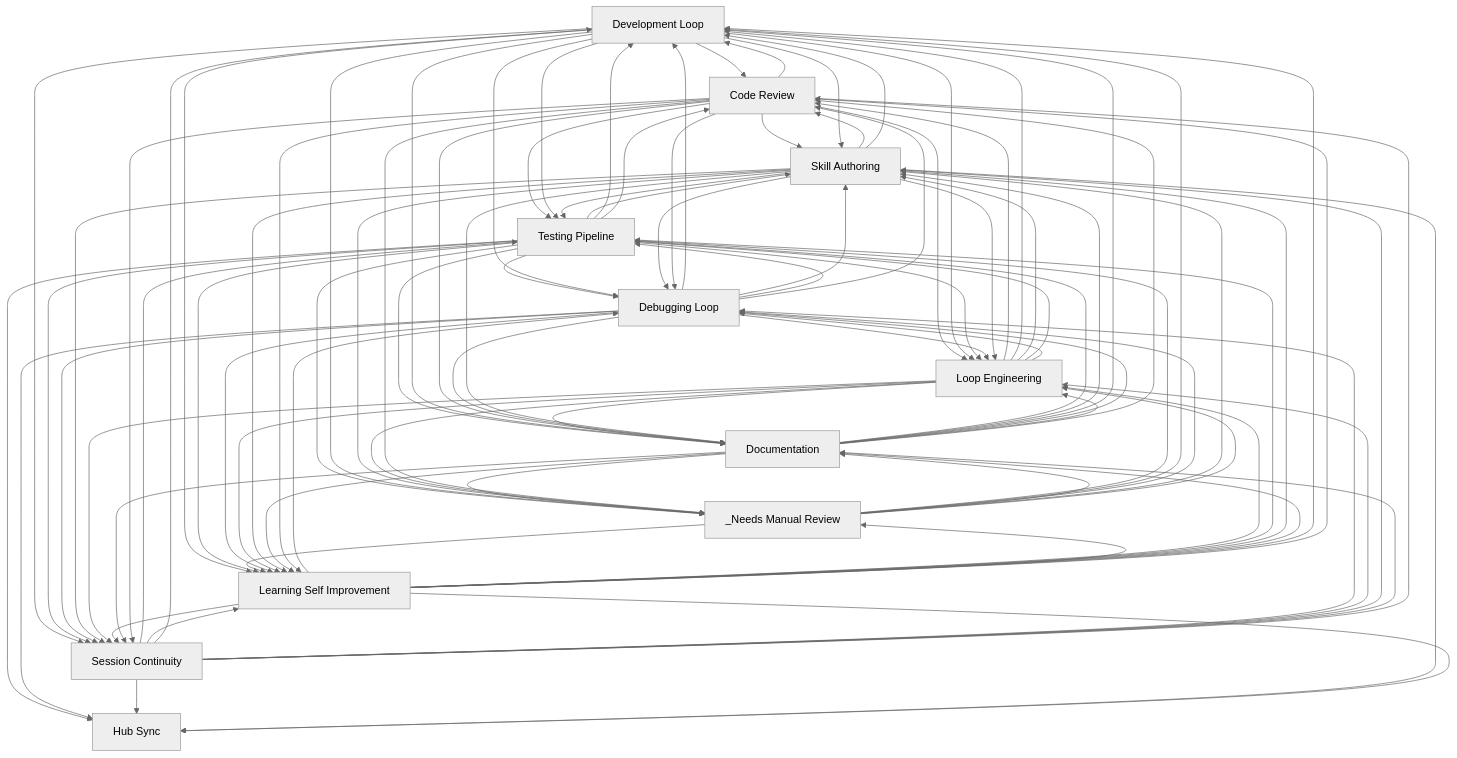
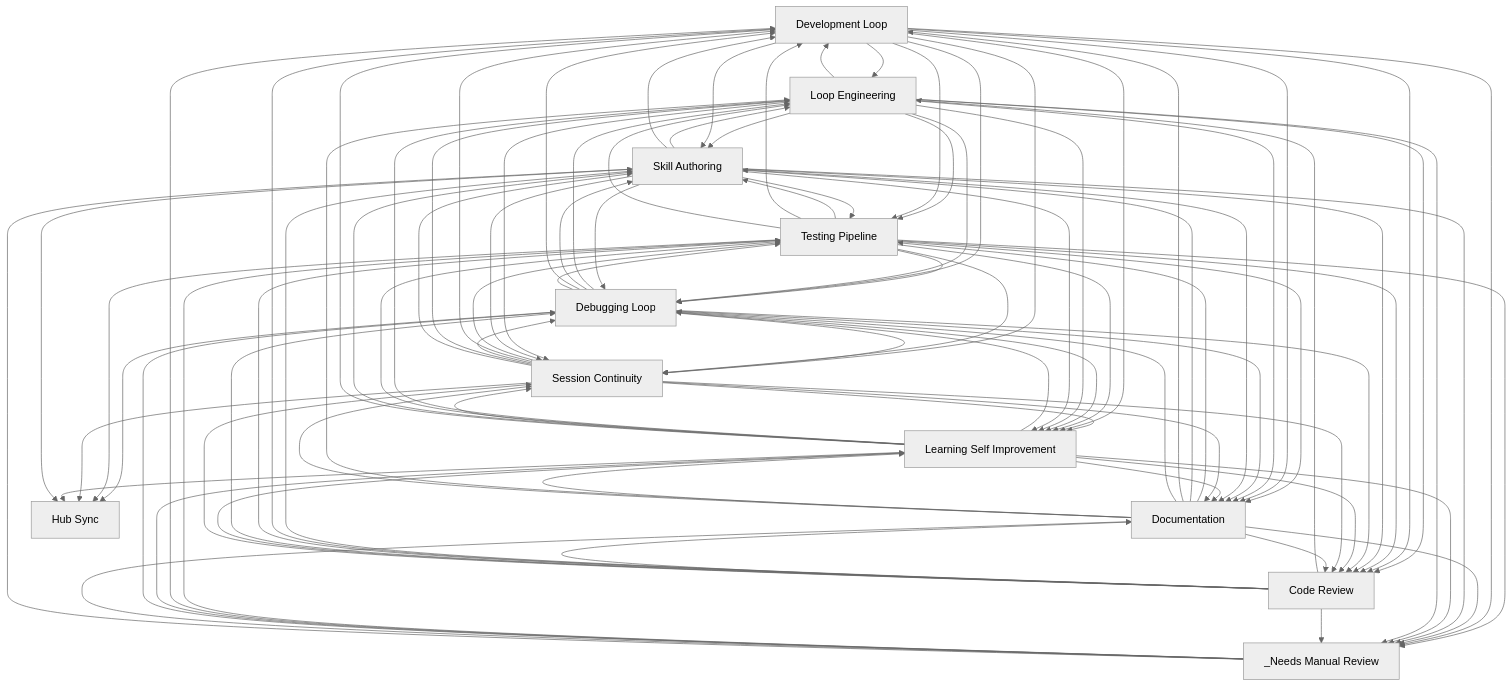
Before and after one commit to abhayla/claude-best-practices: the diagram in docs/workflows/INDEX.md, drawn with Mermaid (neutral theme). The commit also changed other lines of this file and 14 other files, not shown here.

````diff
--- a/docs/workflows/INDEX.md
+++ b/docs/workflows/INDEX.md
@@ -33,36 +33,36 @@
     documentation[Documentation]
     hub_sync[Hub Sync]
     _needs_manual_review[_Needs Manual Review]
+    code_review --> loop_engineering
+    code_review --> skill_authoring
+    code_review --> development_loop
+    code_review --> testing_pipeline
+    loop_engineering --> skill_authoring
+    loop_engineering --> development_loop
+    loop_engineering --> testing_pipeline
     loop_engineering --> code_review
-    loop_engineering --> development_loop
-    loop_engineering --> skill_authoring
-    loop_engineering --> testing_pipeline
-    code_review --> development_loop
-    code_review --> skill_authoring
-    code_review --> loop_engineering
-    code_review --> testing_pipeline
+    development_loop --> loop_engineering
+    development_loop --> skill_authoring
+    development_loop --> testing_pipeline
     development_loop --> code_review
-    development_loop --> skill_authoring
-    development_loop --> loop_engineering
-    development_loop --> testing_pipeline
+    skill_authoring --> testing_pipeline
     testing_pipeline --> skill_authoring
-    skill_authoring --> testing_pipeline
-    testing_pipeline --> development_loop
     _needs_manual_review --> testing_pipeline
     _needs_manual_review --> development_loop
+    testing_pipeline --> development_loop
     testing_pipeline --> debugging_loop
     testing_pipeline --> loop_engineering
     testing_pipeline --> documentation
     testing_pipeline --> code_review
+    debugging_loop --> loop_engineering
+    debugging_loop --> skill_authoring
     debugging_loop --> development_loop
-    debugging_loop --> skill_authoring
-    debugging_loop --> loop_engineering
     debugging_loop --> testing_pipeline
     development_loop --> debugging_loop
     development_loop --> documentation
     loop_engineering --> documentation
+    skill_authoring --> code_review
     skill_authoring --> loop_engineering
-    skill_authoring --> code_review
     skill_authoring --> development_loop
     documentation --> testing_pipeline
     documentation --> skill_authoring
@@ -70,24 +70,24 @@
     testing_pipeline --> _needs_manual_review
     development_loop --> _needs_manual_review
     code_review --> documentation
+    session_continuity --> learning_self_improvement
     session_continuity --> testing_pipeline
-    session_continuity --> learning_self_improvement
     development_loop --> session_continuity
     development_loop --> learning_self_improvement
+    _needs_manual_review --> learning_self_improvement
     testing_pipeline --> learning_self_improvement
-    _needs_manual_review --> learning_self_improvement
     loop_engineering --> debugging_loop
+    debugging_loop --> hub_sync
+    debugging_loop --> session_continuity
+    testing_pipeline --> hub_sync
     testing_pipeline --> session_continuity
-    testing_pipeline --> hub_sync
-    debugging_loop --> session_continuity
-    debugging_loop --> hub_sync
     debugging_loop --> documentation
     debugging_loop --> code_review
     session_continuity --> development_loop
     session_continuity --> debugging_loop
     session_continuity --> loop_engineering
+    loop_engineering --> session_continuity
     skill_authoring --> session_continuity
-    loop_engineering --> session_continuity
     skill_authoring --> debugging_loop
     _needs_manual_review --> debugging_loop
     debugging_loop --> learning_self_improvement
@@ -96,22 +96,21 @@
     _needs_manual_review --> skill_authoring
     documentation --> _needs_manual_review
     learning_self_improvement --> debugging_loop
-    learning_self_improvement --> session_continuity
     learning_self_improvement --> loop_engineering
     learning_self_improvement --> testing_pipeline
+    learning_self_improvement --> session_continuity
     learning_self_improvement --> skill_authoring
     learning_self_improvement --> documentation
     learning_self_improvement --> development_loop
     learning_self_improvement --> code_review
     skill_authoring --> _needs_manual_review
+    session_continuity --> hub_sync
     session_continuity --> skill_authoring
-    session_continuity --> hub_sync
     session_continuity --> documentation
     session_continuity --> code_review
     learning_self_improvement --> _needs_manual_review
+    learning_self_improvement --> hub_sync
     skill_authoring --> hub_sync
-    learning_self_improvement --> hub_sync
-    _needs_manual_review --> loop_engineering
     loop_engineering --> learning_self_improvement
     loop_engineering --> _needs_manual_review
     documentation --> debugging_loop
@@ -119,9 +118,9 @@
     code_review --> debugging_loop
     skill_authoring --> learning_self_improvement
     documentation --> code_review
+    documentation --> learning_self_improvement
     documentation --> session_continuity
-    documentation --> learning_self_improvement
+    code_review --> learning_self_improvement
     code_review --> session_continuity
-    code_review --> learning_self_improvement
     code_review --> _needs_manual_review
 ```
````
